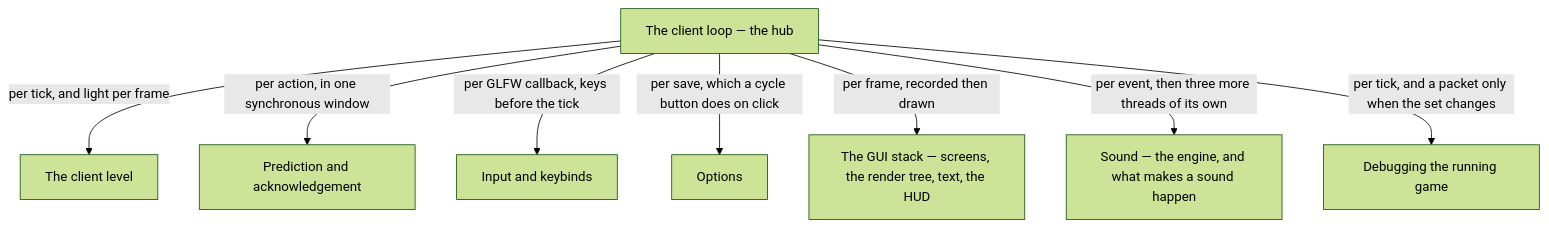
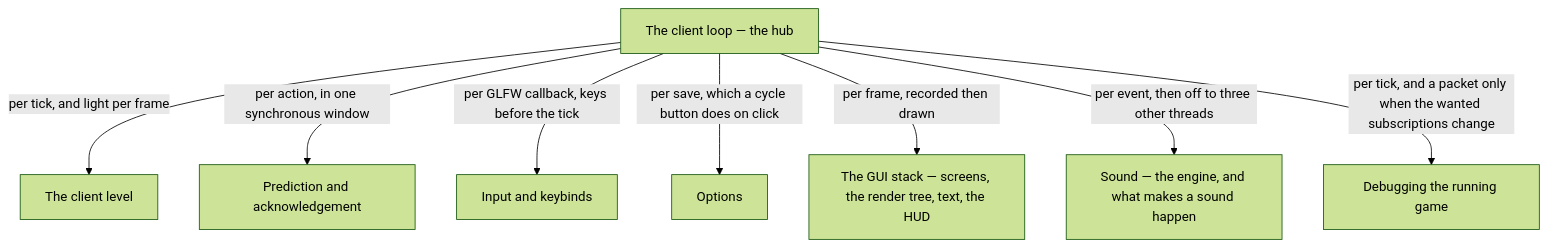
Before and after one commit to AlexanderjFraser/MinecraftDocs: the diagram in src/systems/client/README.md, drawn with Mermaid (forest theme). The commit also changed other lines of this file and 20 other files, not shown here.

````diff
--- a/src/systems/client/README.md
+++ b/src/systems/client/README.md
@@ -25,18 +29,18 @@
 ```mermaid
 flowchart TD
     LOOP["The client loop — the hub"]
     LEVEL["The client level"]
     PRED["Prediction and acknowledgement"]
     INPUT["Input and keybinds"]
     OPT["Options"]
     GUI["The GUI stack — screens, the render tree, text, the HUD"]
     SND["Sound — the engine, and what makes a sound happen"]
     DBG["Debugging the running game"]
     LOOP -- "per tick, and light per frame" --> LEVEL
     LOOP -- "per action, in one synchronous window" --> PRED
     LOOP -- "per GLFW callback, keys before the tick" --> INPUT
     LOOP -- "per save, which a cycle button does on click" --> OPT
     LOOP -- "per frame, recorded then drawn" --> GUI
-    LOOP -- "per event, then three more threads of its own" --> SND
-    LOOP -- "per tick, and a packet only when the set changes" --> DBG
+    LOOP -- "per event, then off to three other threads" --> SND
+    LOOP -- "per tick, and a packet only when the wanted subscriptions change" --> DBG
 ```
````
